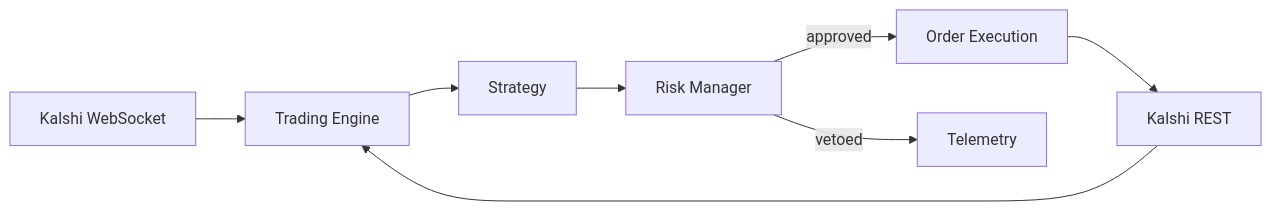
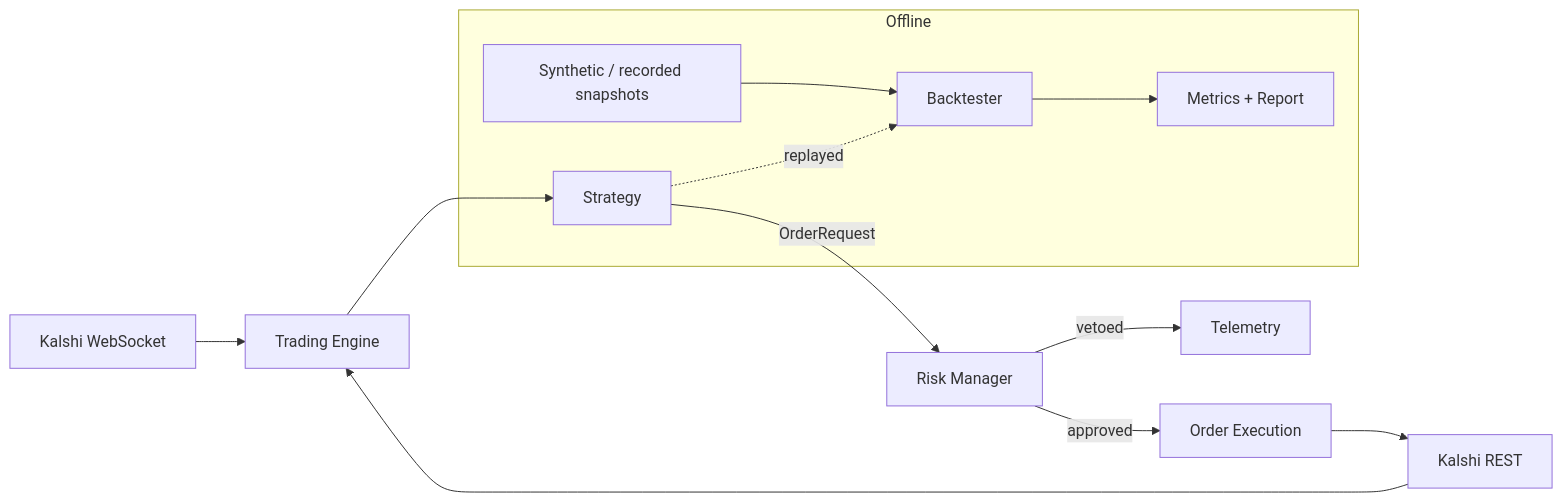
One commit to Viprasol-Tech/kalshi-trading-bot changed the diagram in README.md. Above: the diagram before and after it, drawn with Mermaid. The commit also changed other lines of this file and 24 other files, not shown here.

````diff
--- a/README.md
+++ b/README.md
@@ -92,10 +123,15 @@
 ```mermaid
 flowchart LR
     WS[Kalshi WebSocket] --> ENG
     REST[Kalshi REST] --> ENG
     ENG[Trading Engine] --> STRAT[Strategy]
-    STRAT --> RISK[Risk Manager]
+    STRAT -->|OrderRequest| RISK[Risk Manager]
     RISK -->|approved| EXEC[Order Execution]
     RISK -->|vetoed| LOG[Telemetry]
     EXEC --> REST
+    subgraph Offline
+      DATA[Synthetic / recorded snapshots] --> BT[Backtester]
+      STRAT -.replayed.-> BT
+      BT --> MET[Metrics + Report]
+    end
 ```
````
